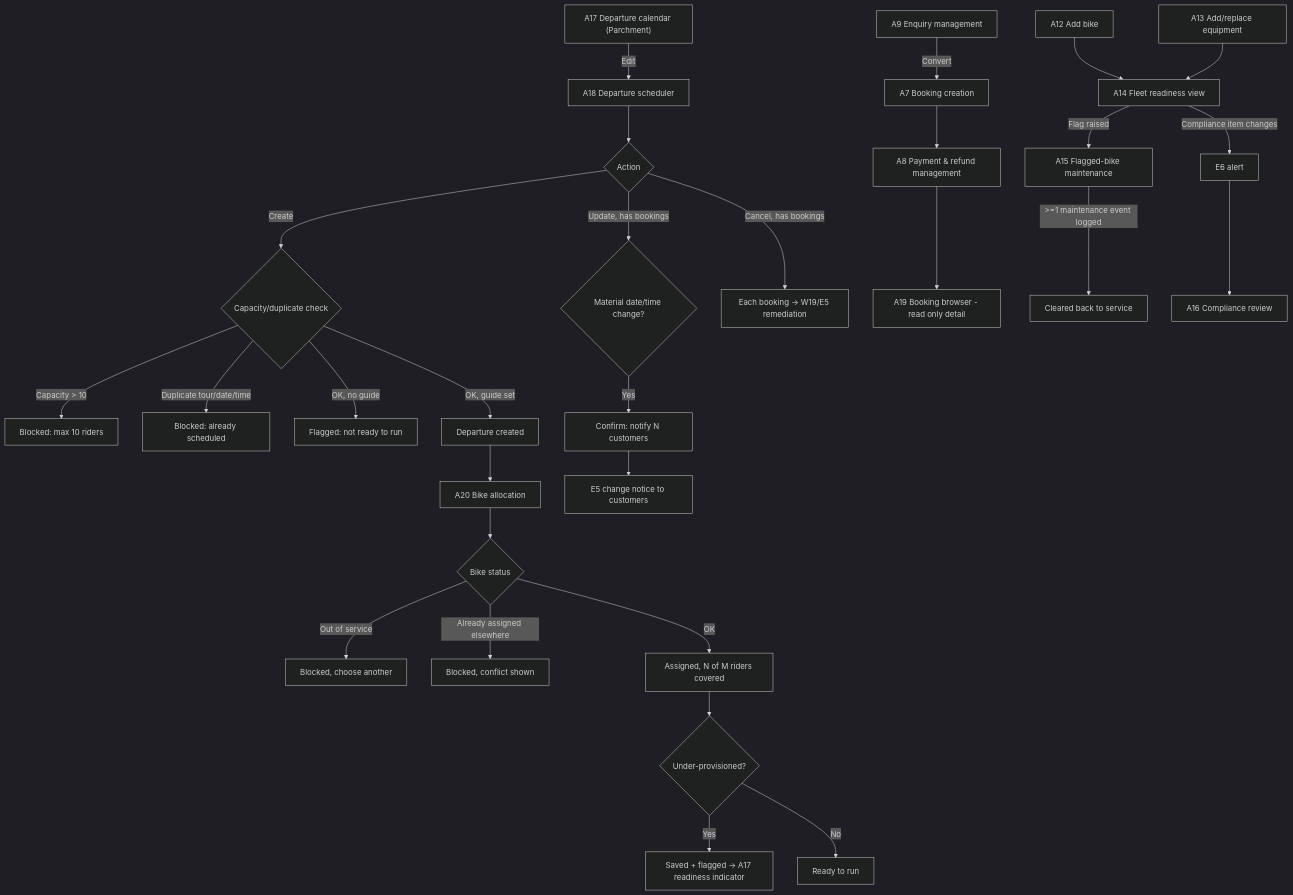
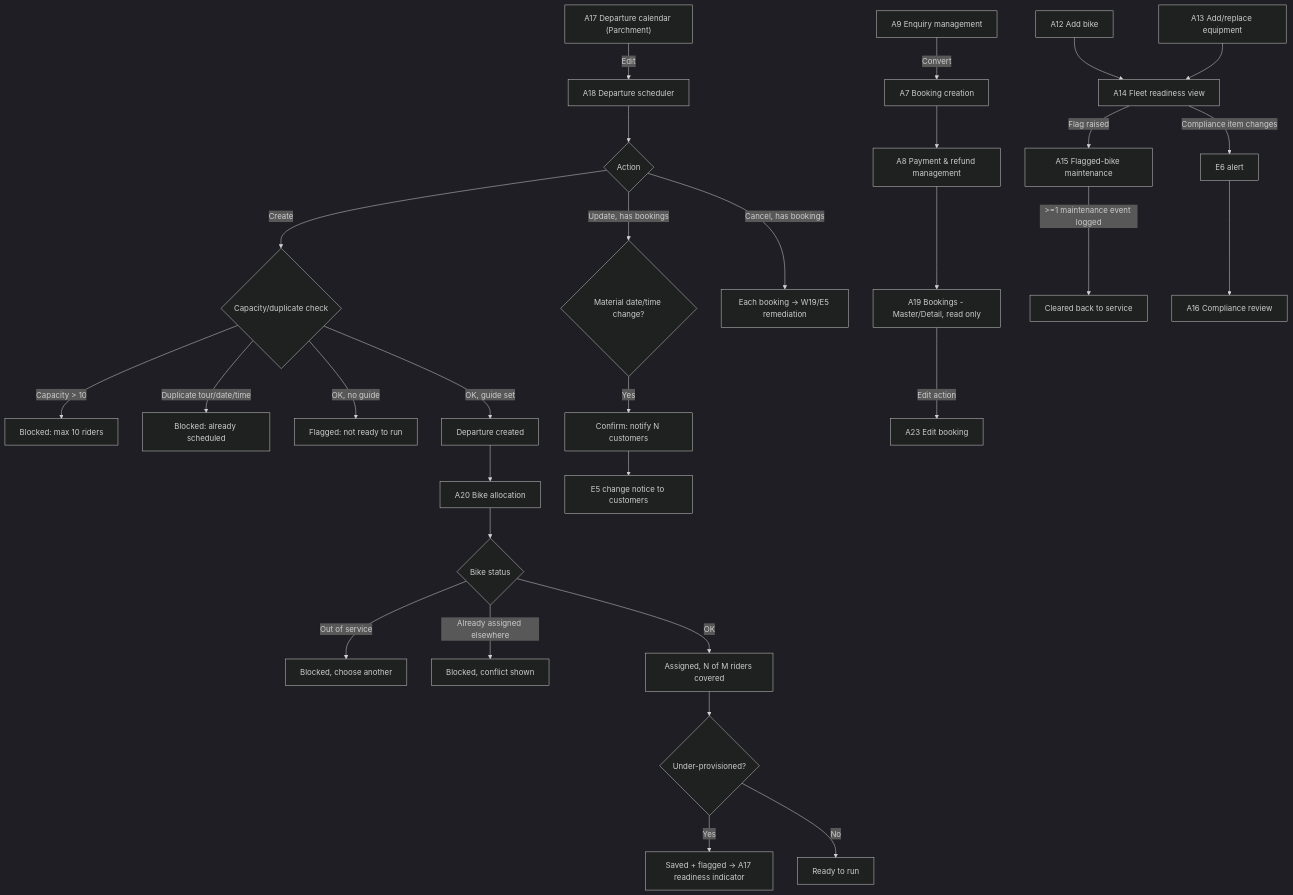
One commit to baliboy20/ROME_framework changed the fourth of 5 diagrams in frob-admin-Bacon/ARTIFACTS/_design/design-assets/user-flows.md. Above: the diagram before and after it, drawn with Mermaid (dark theme). The commit also changed other lines of this file and 24 other files, not shown here.

````diff
--- a/frob-admin-Bacon/ARTIFACTS/_design/design-assets/user-flows.md
+++ b/frob-admin-Bacon/ARTIFACTS/_design/design-assets/user-flows.md
@@ -190,31 +194,32 @@
 ```mermaid
 flowchart TD
     A["A17 Departure calendar (Parchment)"] -->|Edit| B[A18 Departure scheduler]
     B --> C{Action}
     C -->|Create| D{Capacity/duplicate check}
     D -->|Capacity > 10| E["Blocked: max 10 riders"]
     D -->|Duplicate tour/date/time| F[Blocked: already scheduled]
     D -->|OK, no guide| G["Flagged: not ready to run"]
     D -->|OK, guide set| H[Departure created]
     C -->|Update, has bookings| I{Material date/time change?}
     I -->|Yes| J["Confirm: notify N customers"] --> K[E5 change notice to customers]
     C -->|Cancel, has bookings| L[Each booking -> W19/E5 remediation]
     H --> M[A20 Bike allocation]
     M --> N{Bike status}
     N -->|Out of service| O[Blocked, choose another]
     N -->|Already assigned elsewhere| P[Blocked, conflict shown]
     N -->|OK| Q["Assigned, N of M riders covered"]
     Q --> R{Under-provisioned?}
     R -->|Yes| S[Saved + flagged -> A17 readiness indicator]
     R -->|No| T[Ready to run]
 
     U[A9 Enquiry management] -->|Convert| V[A7 Booking creation]
     V --> W[A8 Payment & refund management]
-    W --> X[A19 Booking browser - read only detail]
+    W --> X[A19 Bookings - Master/Detail, read only]
+    X -->|Edit action| Y19[A23 Edit booking]
 
     Y[A12 Add bike] --> Z[A14 Fleet readiness view]
     AA[A13 Add/replace equipment] --> Z
     Z -->|Flag raised| AB[A15 Flagged-bike maintenance]
     AB -->|>=1 maintenance event logged| AC[Cleared back to service]
     Z -->|Compliance item changes| AD[E6 alert] --> AE[A16 Compliance review]
 ```
````
